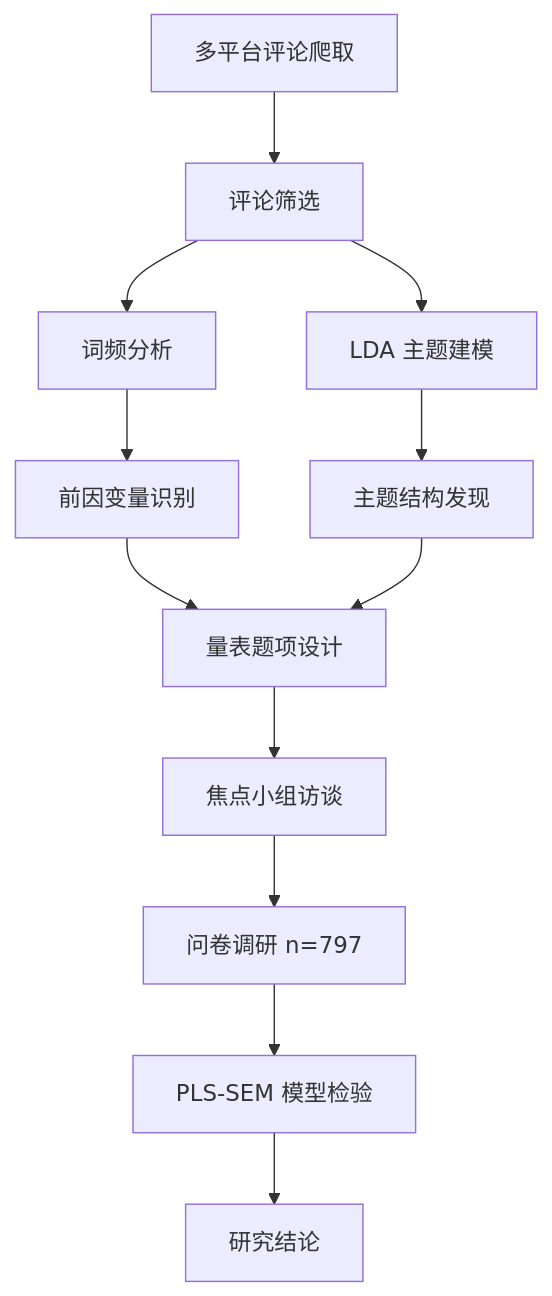
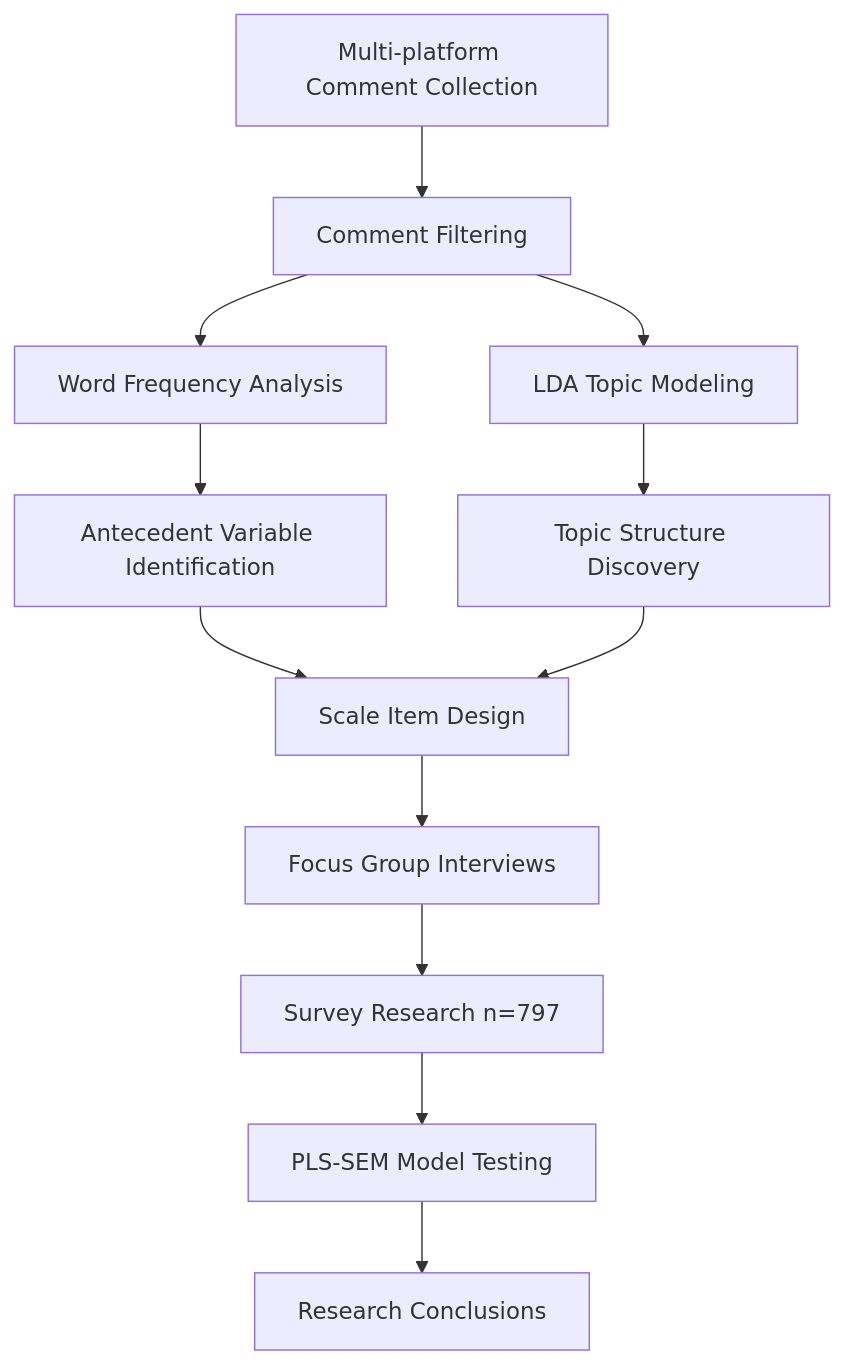
The diagram in README.md (AicbLab/social-agent-elys), drawn with Mermaid before and after one commit. The commit also changed other lines of this file, not shown here.

Commit message:
docs: rewrite README in English, updated to reflect current repository structure

````diff
--- a/README.md
+++ b/README.md
@@ -74,14 +69,14 @@
 ```mermaid
 graph TB
-    A[多平台评论爬取] --> B[评论筛选]
-    B --> C[词频分析]
-    B --> D[LDA 主题建模]
-    C --> E[前因变量识别]
-    D --> F[主题结构发现]
-    E --> G[量表题项设计]
+    A[Multi-platform Comment Collection] --> B[Comment Filtering]
+    B --> C[Word Frequency Analysis]
+    B --> D[LDA Topic Modeling]
+    C --> E[Antecedent Variable Identification]
+    D --> F[Topic Structure Discovery]
+    E --> G[Scale Item Design]
     F --> G
-    G --> H[焦点小组访谈]
-    H --> I[问卷调研 n=797]
-    I --> J[PLS-SEM 模型检验]
-    J --> K[研究结论]
+    G --> H[Focus Group Interviews]
+    H --> I[Survey Research n=797]
+    I --> J[PLS-SEM Model Testing]
+    J --> K[Research Conclusions]
 ```
````
